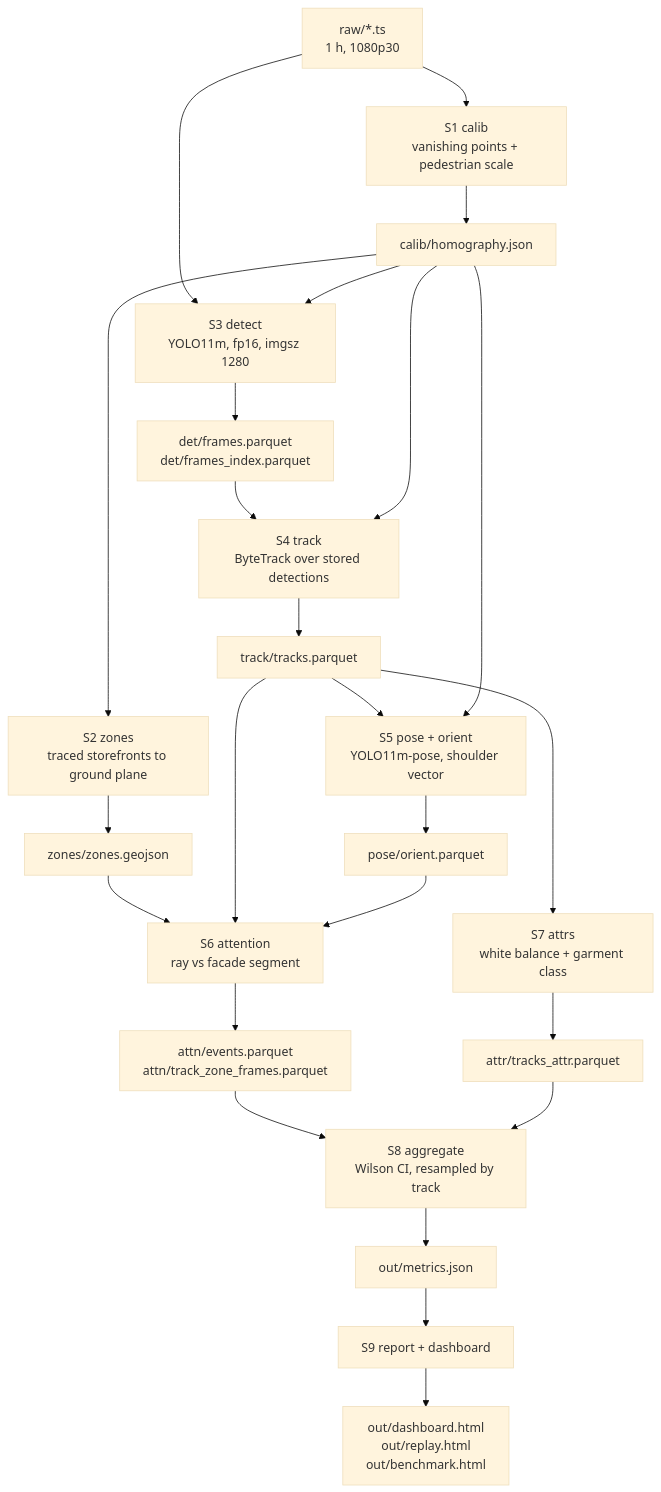
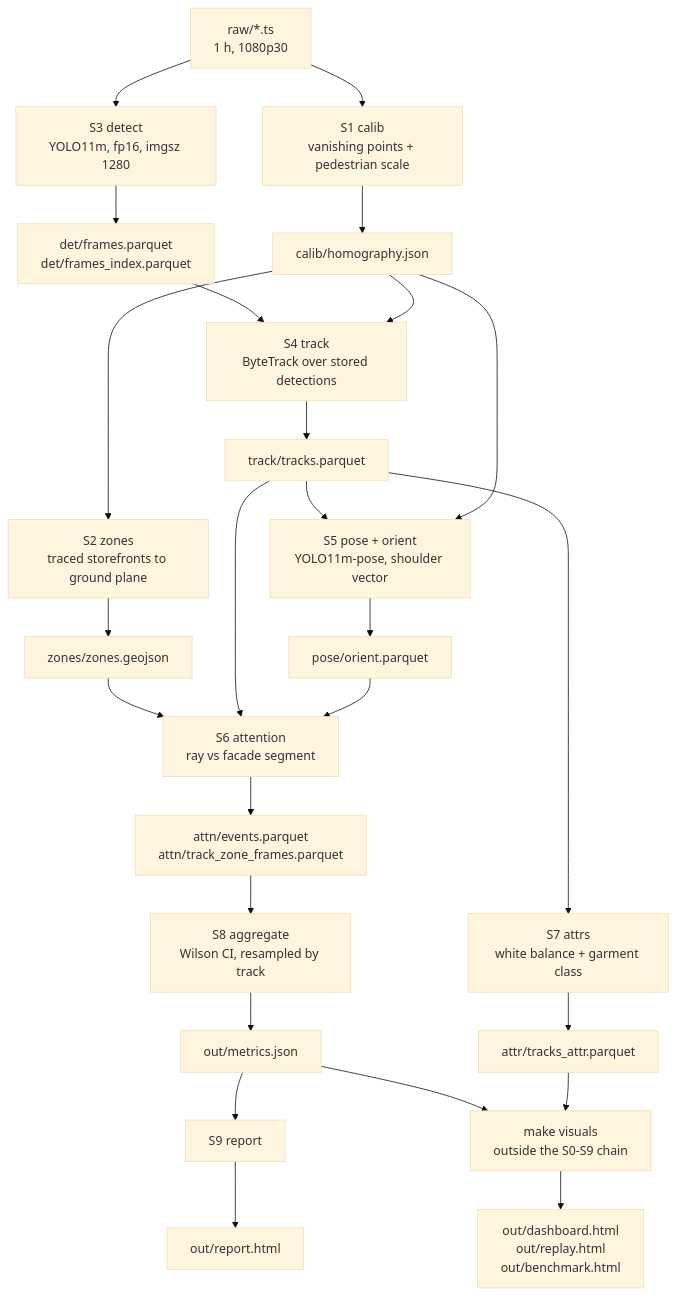
One commit to DebugSensei/cam01-kabukicho changed the diagram in README.md. Above: the diagram before and after it, drawn with Mermaid (base theme). The commit also changed other lines of this file and 23 other files, not shown here.

````diff
--- a/README.md
+++ b/README.md
@@ -63,36 +93,38 @@
 ```mermaid
 flowchart TD
     RAW["raw/*.ts<br/>1 h, 1080p30"]
 
     RAW --> S1
     S1["S1 calib<br/>vanishing points + pedestrian scale"] --> A1["calib/homography.json"]
     A1 --> S2["S2 zones<br/>traced storefronts to ground plane"]
     S2 --> A2["zones/zones.geojson"]
 
     RAW --> S3["S3 detect<br/>YOLO11m, fp16, imgsz 1280"]
-    A1 --> S3
     S3 --> A3["det/frames.parquet<br/>det/frames_index.parquet"]
 
     A3 --> S4["S4 track<br/>ByteTrack over stored detections"]
     A1 --> S4
     S4 --> A4["track/tracks.parquet"]
 
     A4 --> S5["S5 pose + orient<br/>YOLO11m-pose, shoulder vector"]
     A1 --> S5
     S5 --> A5["pose/orient.parquet"]
 
     A2 --> S6["S6 attention<br/>ray vs facade segment"]
     A4 --> S6
     A5 --> S6
     S6 --> A6["attn/events.parquet<br/>attn/track_zone_frames.parquet"]
 
     A4 --> S7["S7 attrs<br/>white balance + garment class"]
     S7 --> A7["attr/tracks_attr.parquet"]
 
     A6 --> S8["S8 aggregate<br/>Wilson CI, resampled by track"]
-    A7 --> S8
     S8 --> A8["out/metrics.json"]
 
-    A8 --> S9["S9 report + dashboard"]
-    S9 --> OUT["out/dashboard.html<br/>out/replay.html<br/>out/benchmark.html"]
+    A8 --> S9["S9 report"]
+    S9 --> OUT["out/report.html"]
+
+    A8 --> VIS["make visuals<br/>outside the S0-S9 chain"]
+    A7 --> VIS
+    VIS --> OUT2["out/dashboard.html<br/>out/replay.html<br/>out/benchmark.html"]
 ```
````
